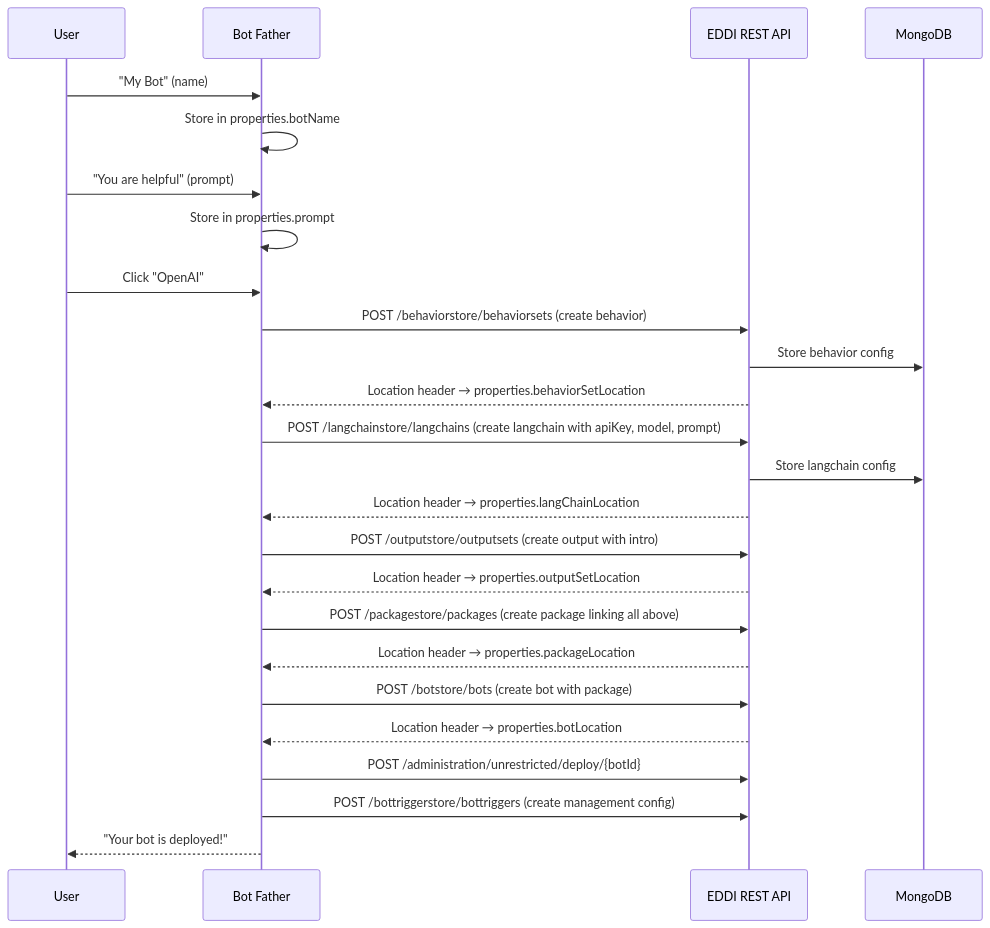
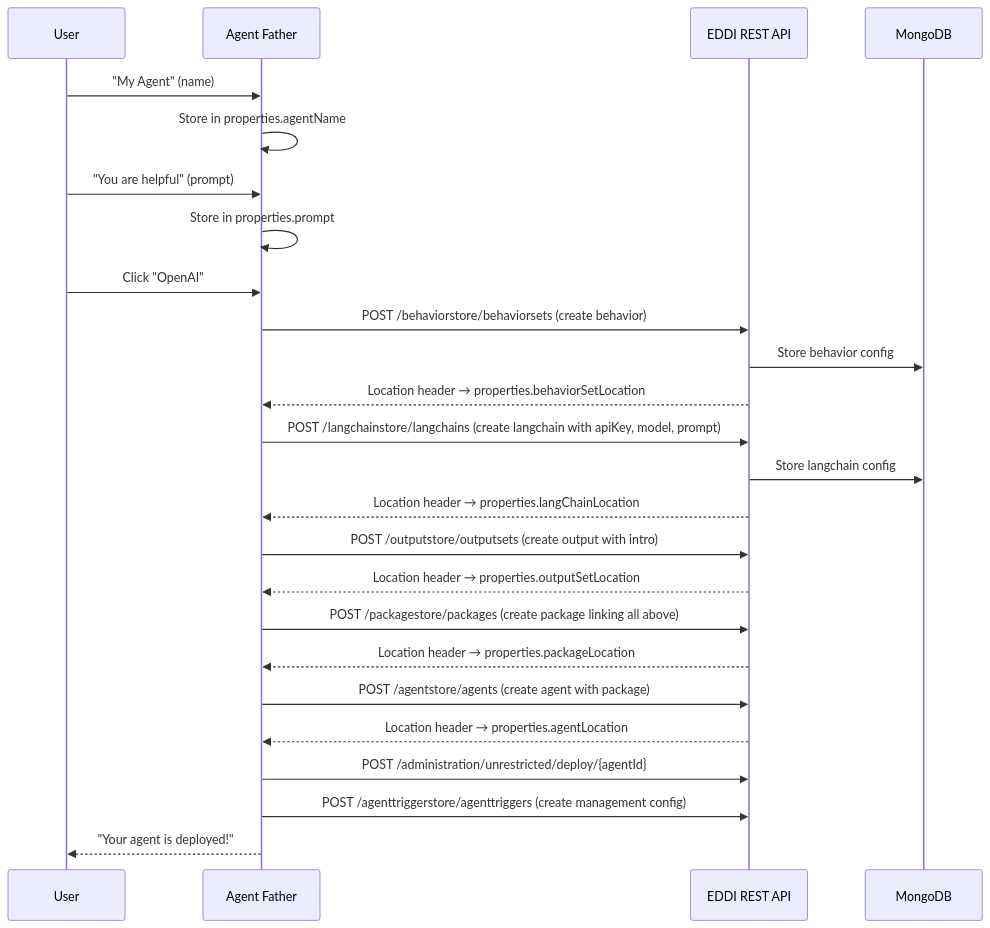
The second of 5 diagrams in docs/v6-planning/business-logic-analysis.md (labsai/EDDI), drawn with Mermaid before and after one commit. The commit also changed other lines of this file and 357 other files, not shown here.

````diff
--- a/docs/v6-planning/business-logic-analysis.md
+++ b/docs/v6-planning/business-logic-analysis.md
@@ -141,28 +141,28 @@
 ```mermaid
 sequenceDiagram
     participant U as User
-    participant BF as Bot Father
+    participant BF as Agent Father
     participant API as EDDI REST API
     participant DB as MongoDB
 
-    U->>BF: "My Bot" (name)
-    BF->>BF: Store in properties.botName
+    U->>BF: "My Agent" (name)
+    BF->>BF: Store in properties.agentName
     U->>BF: "You are helpful" (prompt)
     BF->>BF: Store in properties.prompt
     U->>BF: Click "OpenAI"
     BF->>API: POST /behaviorstore/behaviorsets (create behavior)
     API->>DB: Store behavior config
     API-->>BF: Location header → properties.behaviorSetLocation
     BF->>API: POST /langchainstore/langchains (create langchain with apiKey, model, prompt)
     API->>DB: Store langchain config
     API-->>BF: Location header → properties.langChainLocation
     BF->>API: POST /outputstore/outputsets (create output with intro)
     API-->>BF: Location header → properties.outputSetLocation
     BF->>API: POST /packagestore/packages (create package linking all above)
     API-->>BF: Location header → properties.packageLocation
-    BF->>API: POST /botstore/bots (create bot with package)
-    API-->>BF: Location header → properties.botLocation
-    BF->>API: POST /administration/unrestricted/deploy/{botId}
-    BF->>API: POST /bottriggerstore/bottriggers (create management config)
-    BF-->>U: "Your bot is deployed!"
+    BF->>API: POST /agentstore/agents (create agent with package)
+    API-->>BF: Location header → properties.agentLocation
+    BF->>API: POST /administration/unrestricted/deploy/{agentId}
+    BF->>API: POST /agenttriggerstore/agenttriggers (create management config)
+    BF-->>U: "Your agent is deployed!"
 ```
````
